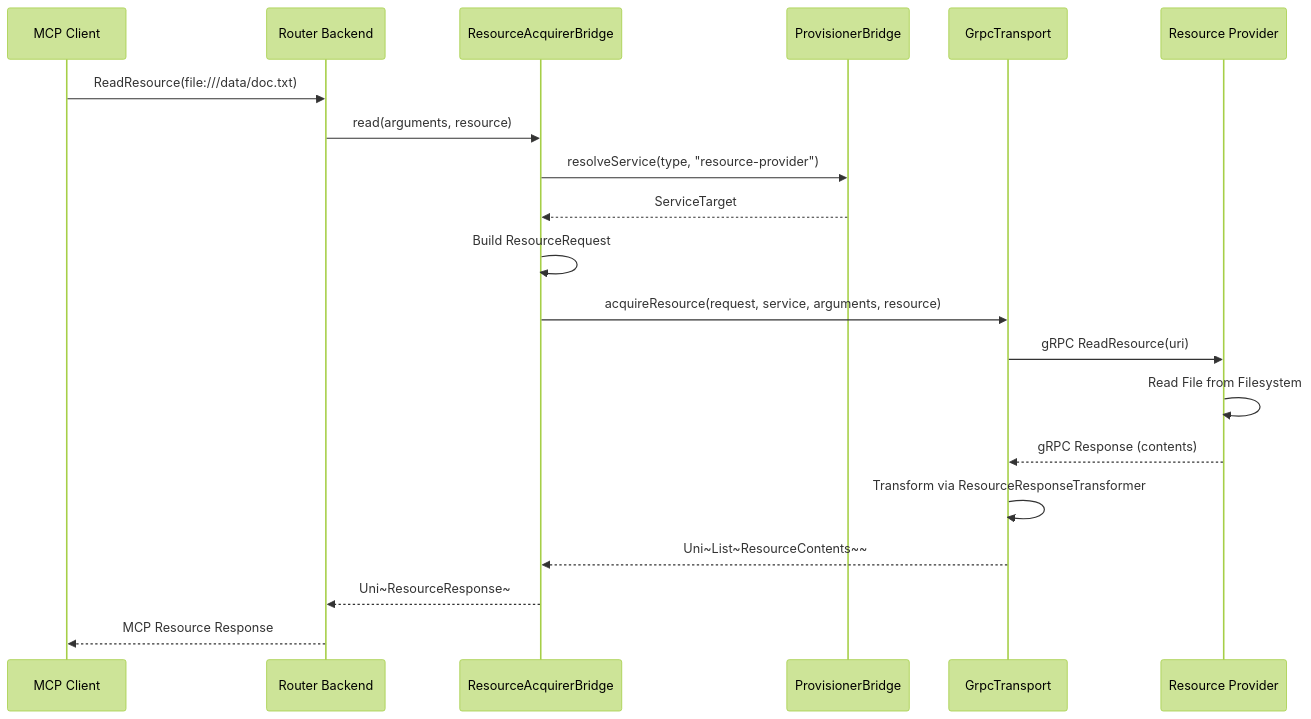
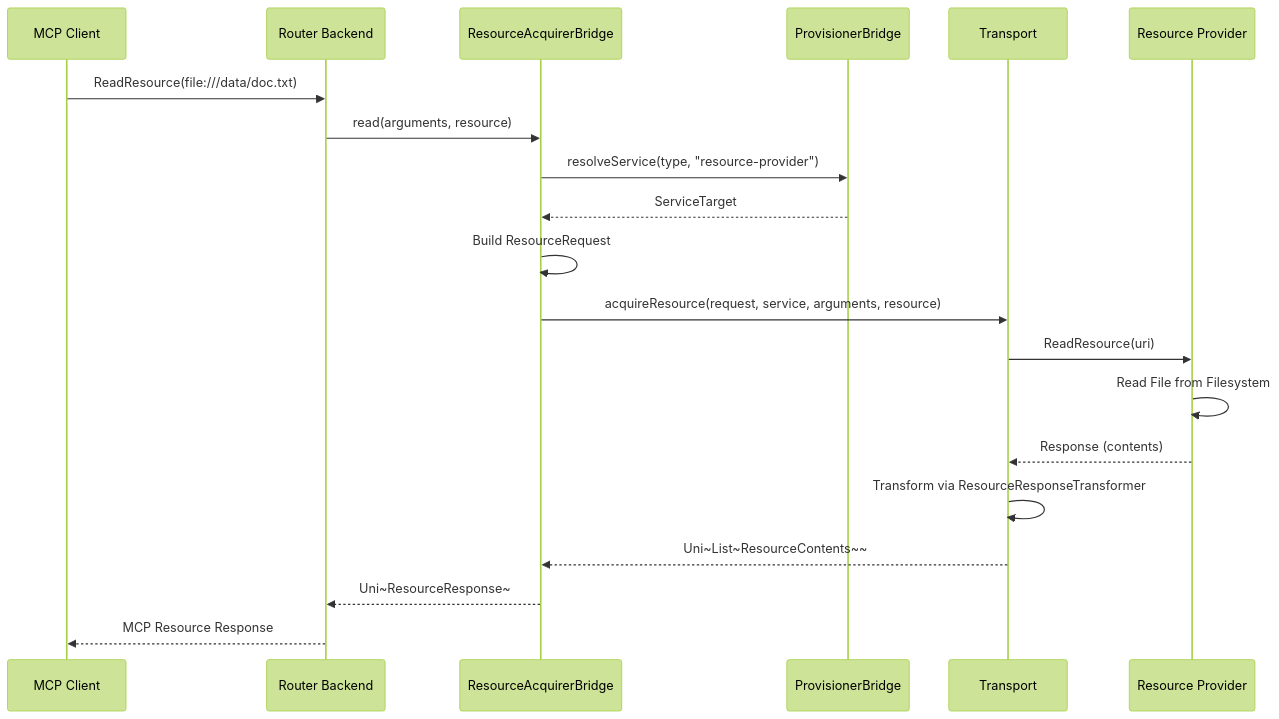
One commit to orpiske/wanaku-barn changed the fourth of 5 diagrams in docs/wanaku-router-internals.md. Above: the diagram before and after it, drawn with Mermaid (forest theme). The commit also changed other lines of this file and 84 other files, not shown here.

First line of the commit message:
chore: remove gRPC bridge transport layer

````diff
--- a/docs/wanaku-router-internals.md
+++ b/docs/wanaku-router-internals.md
@@ -217,23 +216,23 @@
 ```mermaid
 sequenceDiagram
     participant MCP as MCP Client
     participant Router as Router Backend
     participant RAB as ResourceAcquirerBridge
     participant PB as ProvisionerBridge
-    participant Transport as GrpcTransport
+    participant Transport as Transport
     participant Provider as Resource Provider
 
     MCP->>Router: ReadResource(file:///data/doc.txt)
     Router->>RAB: read(arguments, resource)
     RAB->>PB: resolveService(type, "resource-provider")
     PB-->>RAB: ServiceTarget
     RAB->>RAB: Build ResourceRequest
     RAB->>Transport: acquireResource(request, service, arguments, resource)
-    Transport->>Provider: gRPC ReadResource(uri)
+    Transport->>Provider: ReadResource(uri)
     Provider->>Provider: Read File from Filesystem
-    Provider-->>Transport: gRPC Response (contents)
+    Provider-->>Transport: Response (contents)
     Transport->>Transport: Transform via ResourceResponseTransformer
     Transport-->>RAB: Uni~List~ResourceContents~~
     RAB-->>Router: Uni~ResourceResponse~
     Router-->>MCP: MCP Resource Response
 ```
````
